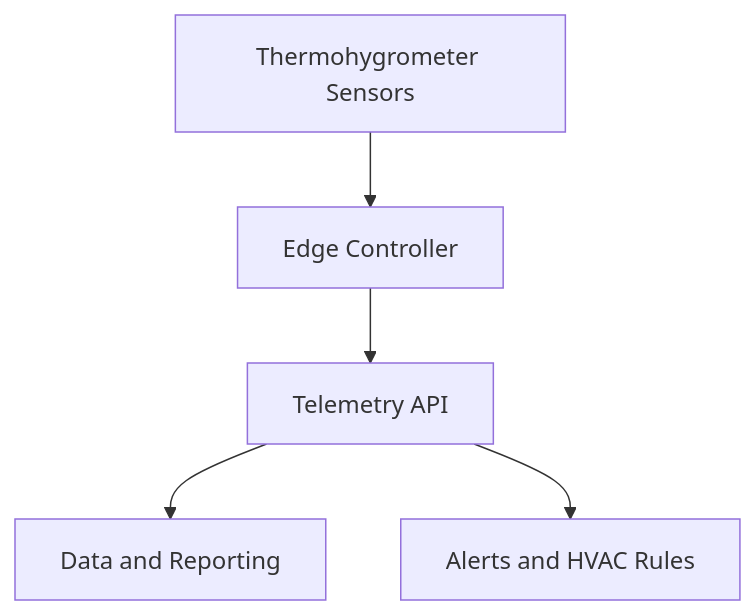
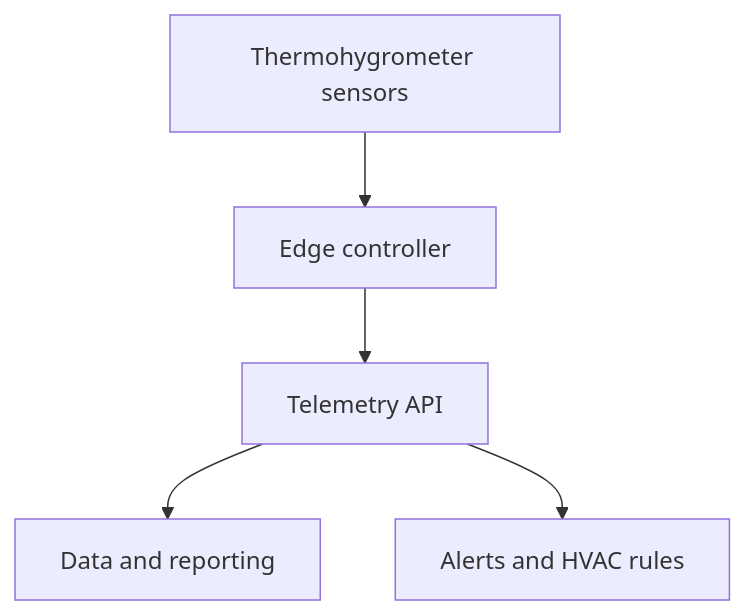
The second of 3 diagrams in README.md (LuisDa87/Web_Ingeniot), drawn with Mermaid before and after one commit. The commit also changed other lines of this file, not shown here.

````diff
--- a/README.md
+++ b/README.md
@@ -62,7 +91,7 @@
 ```mermaid
 flowchart TD
-    A[Thermohygrometer Sensors] --> B[Edge Controller]
-    B --> C[Telemetry API]
-    C --> D[Data and Reporting]
-    C --> E[Alerts and HVAC Rules]
+    A["Thermohygrometer sensors"] --> B["Edge controller"]
+    B --> C["Telemetry API"]
+    C --> D["Data and reporting"]
+    C --> E["Alerts and HVAC rules"]
 ```
````
